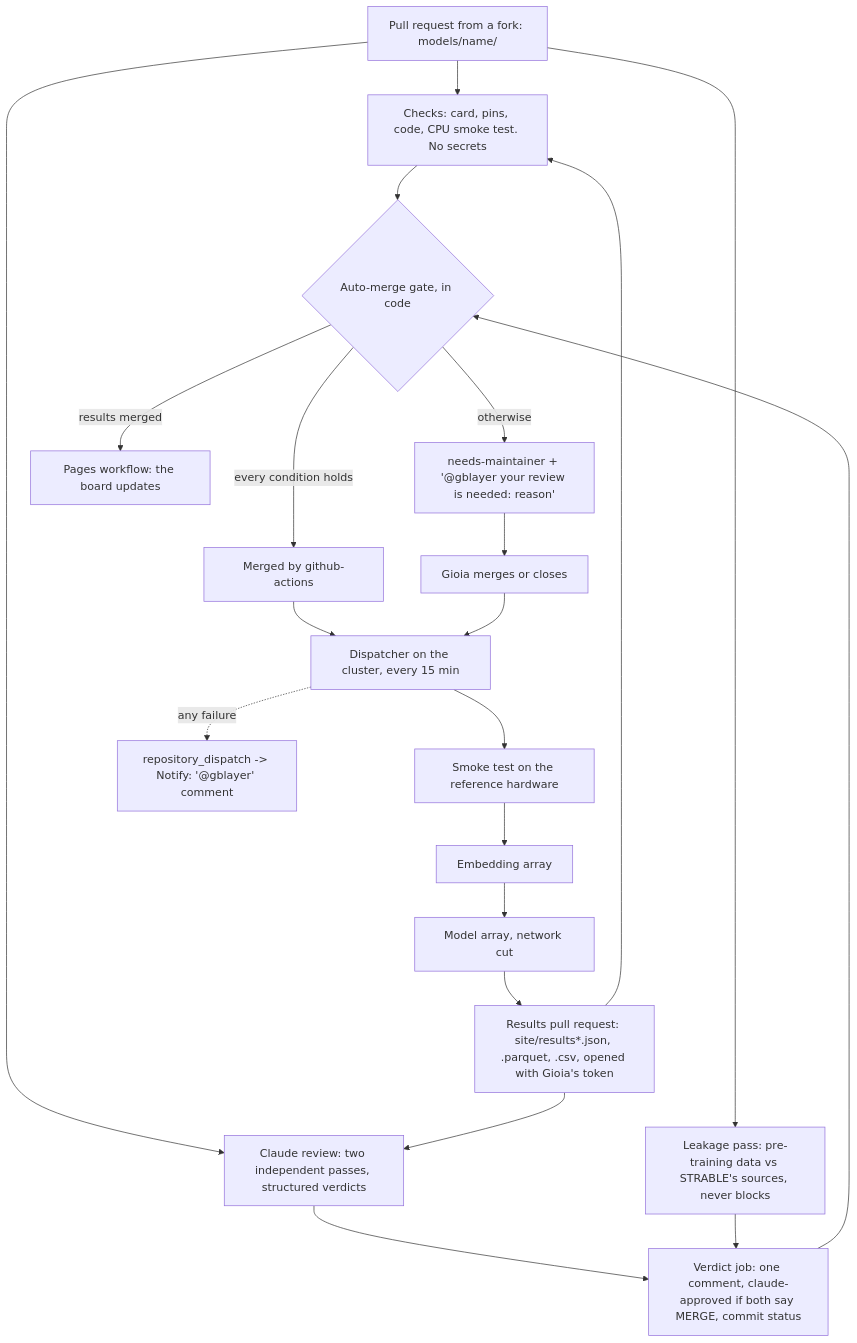
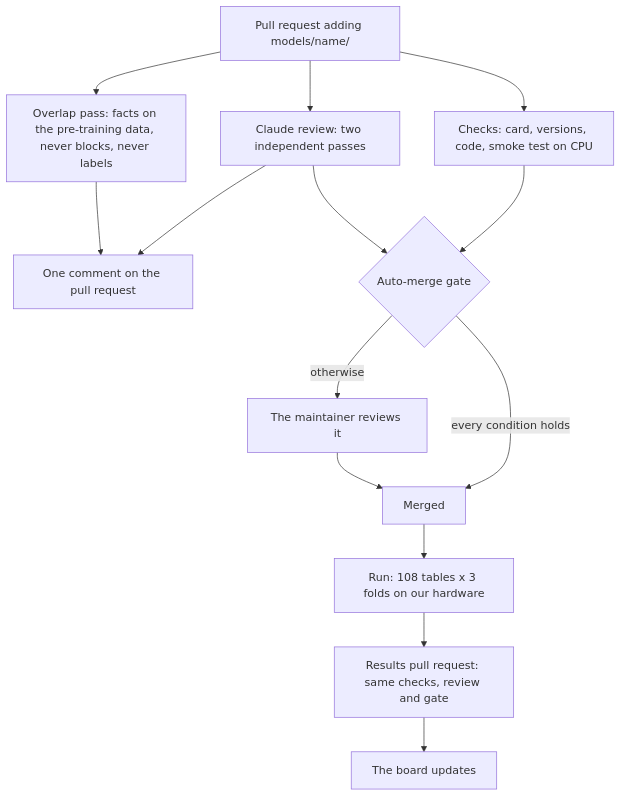
The diagram in docs/automation.md (gblayer/strable-leaderboard), drawn with Mermaid before and after one commit. The commit also changed other lines of this file and 20 other files, not shown here.

````diff
--- a/docs/automation.md
+++ b/docs/automation.md
@@ -3,21 +3,16 @@
 ```mermaid
 flowchart TD
-  A[Pull request from a fork: models/name/] --> B[Checks: card, pins, code, CPU smoke test. No secrets]
-  A --> C[Claude review: two independent passes, structured verdicts]
-  A --> L[Leakage pass: pre-training data vs STRABLE's sources, never blocks]
-  C --> D[Verdict job: one comment, claude-approved if both say MERGE, commit status]
-  L --> D
-  B --> G{Auto-merge gate, in code}
-  D --> G
-  G -- every condition holds --> M[Merged by github-actions]
-  G -- otherwise --> N["needs-maintainer + '@gblayer your review is needed: reason'"]
-  N --> H[Gioia merges or closes]
-  M --> R[Dispatcher on the cluster, every 15 min]
-  H --> R
-  R --> S[Smoke test on the reference hardware] --> E[Embedding array] --> J[Model array, network cut]
-  J --> P[Results pull request: site/results*.json, .parquet, .csv, opened with Gioia's token]
-  P --> B
-  P --> C
-  G -- results merged --> W[Pages workflow: the board updates]
-  R -. any failure .-> F[repository_dispatch -> Notify: '@gblayer' comment]
+  A[Pull request adding models/name/] --> B[Checks: card, versions, code, smoke test on CPU]
+  A --> C[Claude review: two independent passes]
+  A --> O[Overlap pass: facts on the pre-training data, never blocks, never labels]
+  C --> K[One comment on the pull request]
+  O --> K
+  B --> G{Auto-merge gate}
+  C --> G
+  G -- every condition holds --> M[Merged]
+  G -- otherwise --> N[The maintainer reviews it]
+  N --> M
+  M --> R[Run: 108 tables x 3 folds on our hardware]
+  R --> P[Results pull request: same checks, review and gate]
+  P --> W[The board updates]
 ```
````
